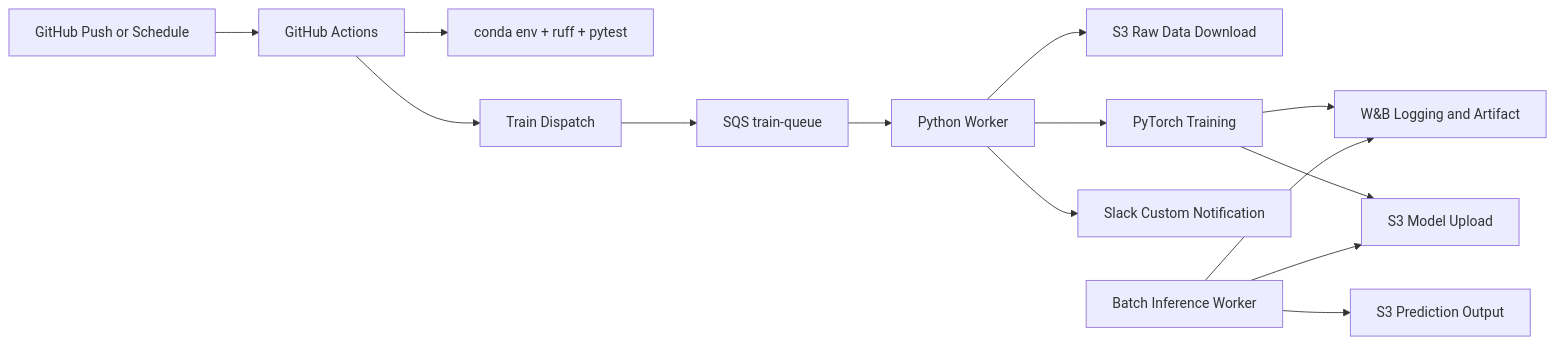
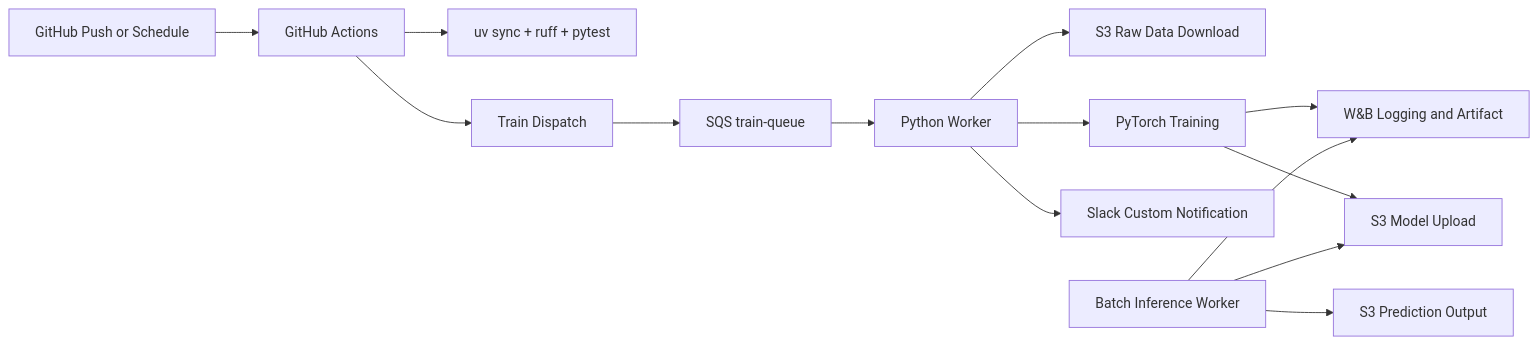
One commit to AIBootcamp24th/mlops-mlops-team-3 changed the diagram in README.md. Above: the diagram before and after it, drawn with Mermaid. The commit also changed other lines of this file and 5 other files, not shown here.

````diff
--- a/README.md
+++ b/README.md
@@ -24,16 +24,16 @@
 ```mermaid
 graph LR
   A[GitHub Push or Schedule] --> B[GitHub Actions]
-  B --> C[conda env + ruff + pytest]
+  B --> C[uv sync + ruff + pytest]
   B --> D[Train Dispatch]
   D --> E[SQS train-queue]
   E --> F[Python Worker]
   F --> G[S3 Raw Data Download]
   F --> H[PyTorch Training]
   H --> I[W&B Logging and Artifact]
   H --> J[S3 Model Upload]
   F --> K[Slack Custom Notification]
   L[Batch Inference Worker] --> J
   L --> M[S3 Prediction Output]
   L --> I
 ```
````
